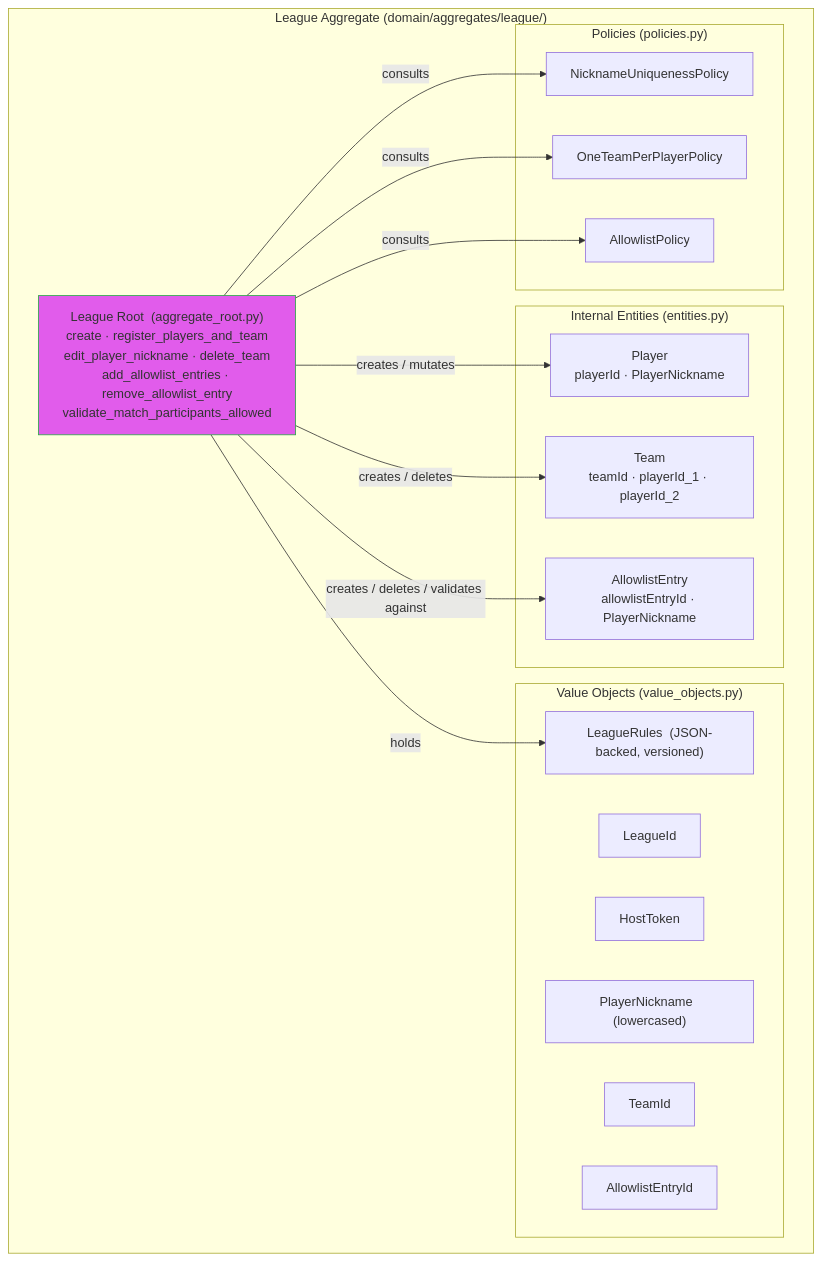
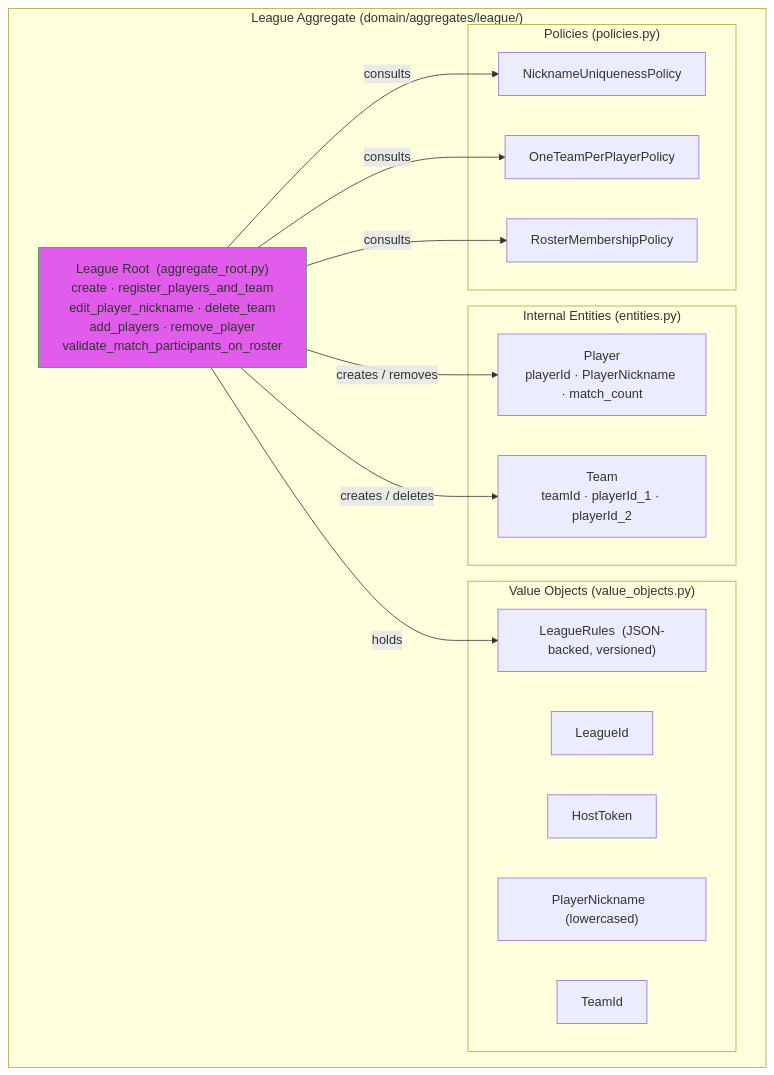
One commit to swjeong0825/TLMB_backend_main changed the diagram in Design_Doc/TLMB_Design_doc/05_aggregate_designs/league.md. Above: the diagram before and after it, drawn with Mermaid. The commit also changed other lines of this file and 55 other files, not shown here.

Commit message:
deprecate_allowlist_enhance_player_rosters

````diff
--- a/Design_Doc/TLMB_Design_doc/05_aggregate_designs/league.md
+++ b/Design_Doc/TLMB_Design_doc/05_aggregate_designs/league.md
@@ -5,37 +5,34 @@
 ```mermaid
 flowchart TD
     subgraph LEAGUE ["League Aggregate  (domain/aggregates/league/)"]
-        ROOT["League Root  (aggregate_root.py)\ncreate · register_players_and_team\nedit_player_nickname · delete_team\nadd_allowlist_entries · remove_allowlist_entry\nvalidate_match_participants_allowed"]
+        ROOT["League Root  (aggregate_root.py)\ncreate · register_players_and_team\nedit_player_nickname · delete_team\nadd_players · remove_player\nvalidate_match_participants_on_roster"]
 
         subgraph ENT ["Internal Entities  (entities.py)"]
-            PE["Player\nplayerId · PlayerNickname"]
+            PE["Player\nplayerId · PlayerNickname · match_count"]
             TE["Team\nteamId · playerId_1 · playerId_2"]
-            AE["AllowlistEntry\nallowlistEntryId · PlayerNickname"]
         end
 
         subgraph VOS ["Value Objects  (value_objects.py)"]
             LI["LeagueId"]
             HT["HostToken"]
             PN["PlayerNickname  (lowercased)"]
             TI["TeamId"]
-            AEI["AllowlistEntryId"]
             LR["LeagueRules  (JSON-backed, versioned)"]
         end
 
         subgraph POL ["Policies  (policies.py)"]
             NUP["NicknameUniquenessPolicy"]
             OTP["OneTeamPerPlayerPolicy"]
-            AP["AllowlistPolicy"]
+            RMP["RosterMembershipPolicy"]
         end
     end
 
-    ROOT -->|"creates / mutates"| PE
+    ROOT -->|"creates / removes"| PE
     ROOT -->|"creates / deletes"| TE
-    ROOT -->|"creates / deletes / validates against"| AE
     ROOT -->|"holds"| LR
     ROOT -->|"consults"| NUP
     ROOT -->|"consults"| OTP
-    ROOT -->|"consults"| AP
+    ROOT -->|"consults"| RMP
 
     style ROOT fill:#d4ed,stroke:#28a745
 ```
````
